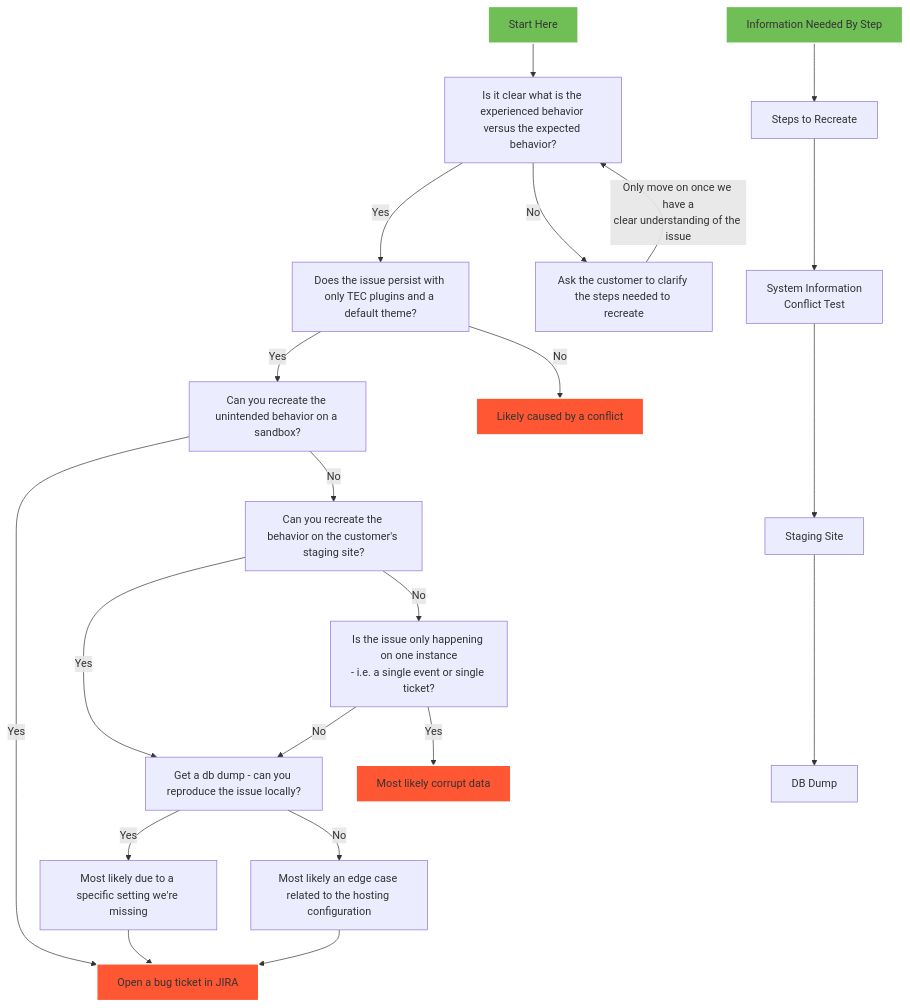
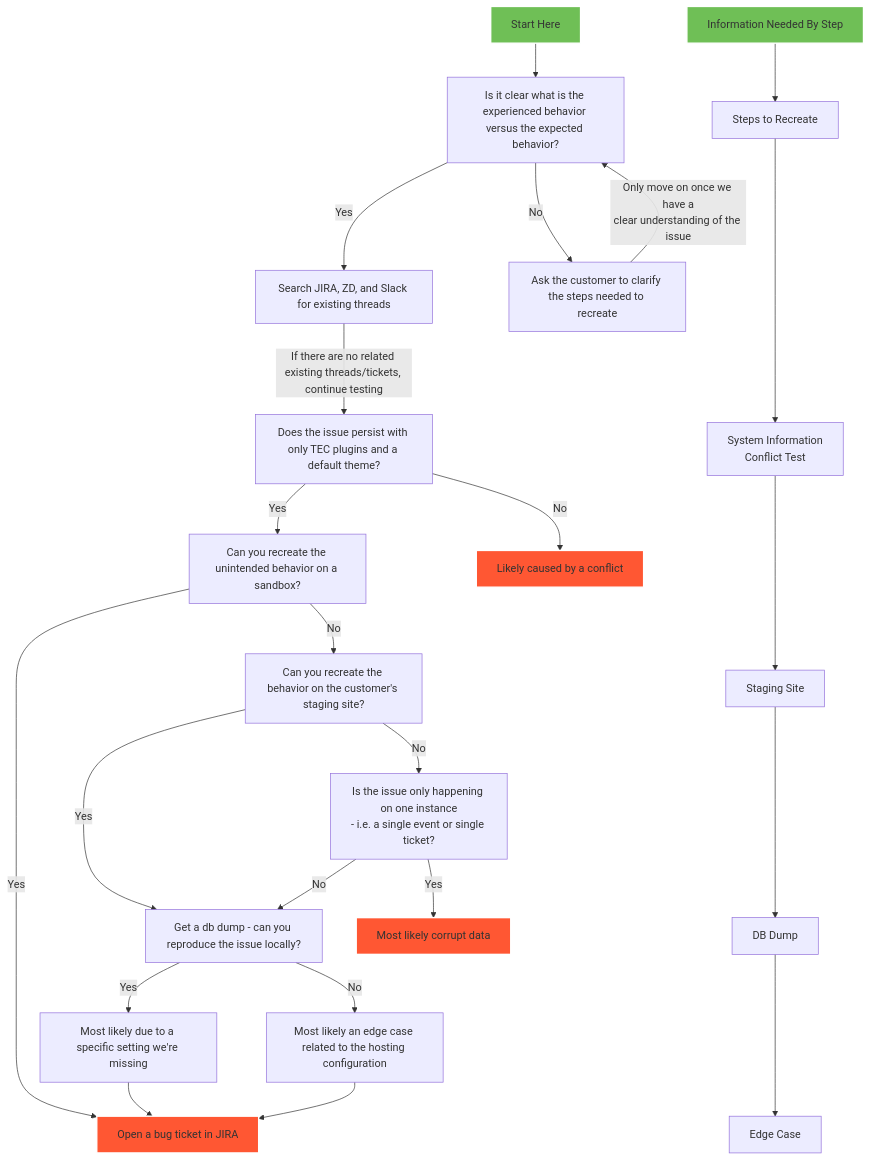
Before and after one commit to sdokus/sdokus-dev-day-concepts: the diagram in support-flowchart.md, drawn with Mermaid. The commit also changed other lines of this file, not shown here.

Commit message:
Added researching existing bugs and tickets and a couple of other tweaks

````diff
--- a/support-flowchart.md
+++ b/support-flowchart.md
@@ -3,66 +7,72 @@
 ```mermaid
 graph TD
     A[Start Here]
     A --> B
     B[Is it clear what is the experienced behavior versus the expected behavior?]
-    B -->|Yes| C
+    B -->|Yes| CC
     B -->|No| D
     D[Ask the customer to clarify 
 the steps needed to recreate]
 D -->|Only move on once we have a
 clear understanding of the issue|B
+
+CC[Search JIRA, ZD, and Slack for existing threads]
+CC-->|If there are no related existing threads/tickets, continue testing|C
 
 C[Does the issue persist with only TEC plugins and a default theme?]
 C -->|Yes|E
 C -->|No|F
 
 F[Likely caused by a conflict]
 E[Can you recreate the unintended behavior on a sandbox?]
 E -->|Yes|G
 E -->|No|H
 
 G[Open a bug ticket in JIRA]
 H[Can you recreate the behavior on the customer's staging site?]
 H -->|Yes|I
 H -->|No|J
 
 I[Get a db dump - can you reproduce the issue locally?]
 I -->|Yes|N
 I -->|No|M
 
 J[Is the issue only happening on one instance
 - i.e. a single event or single ticket?]
 J -->|No|I
 J -->|Yes|K
 
 K[Most likely corrupt data]
 M[Most likely an edge case related to the hosting configuration]
 N[Most likely due to a specific setting we're missing]
 M --> G
 N --> G
 
 style A fill: #6FBF56, stroke: #ffffff, stroke-width: 2px;
 style F fill: #FF5733, stroke: #ffffff, stroke-width: 2px;
 style K fill: #FF5733, stroke: #ffffff, stroke-width: 2px;
 style G fill: #FF5733, stroke: #ffffff, stroke-width: 2px;
 
 %% Second Graph - Information Gathering
 A2[Information Needed By Step]
 A2 --> B2
 B2[Steps to Recreate]
 click B2 href "#steps-to-recreate"
-B2 --> C2
+B2 ---> C2
 C2[
 System Information
 Conflict Test
 ]
 click C2 href "#system-info"
 C2 ---> D2
 D2[Staging Site]
 click D2 href "#staging-site"
 D2 ---> E2
 E2[DB Dump]
 click E2 href "#db-dump"
+E2 ---> F2
+F2[Edge Case]
+click F2 href "#edge-case"
 
 style A2 fill: #6FBF56, stroke: #ffffff, stroke-width: 2px;
 ```
````
